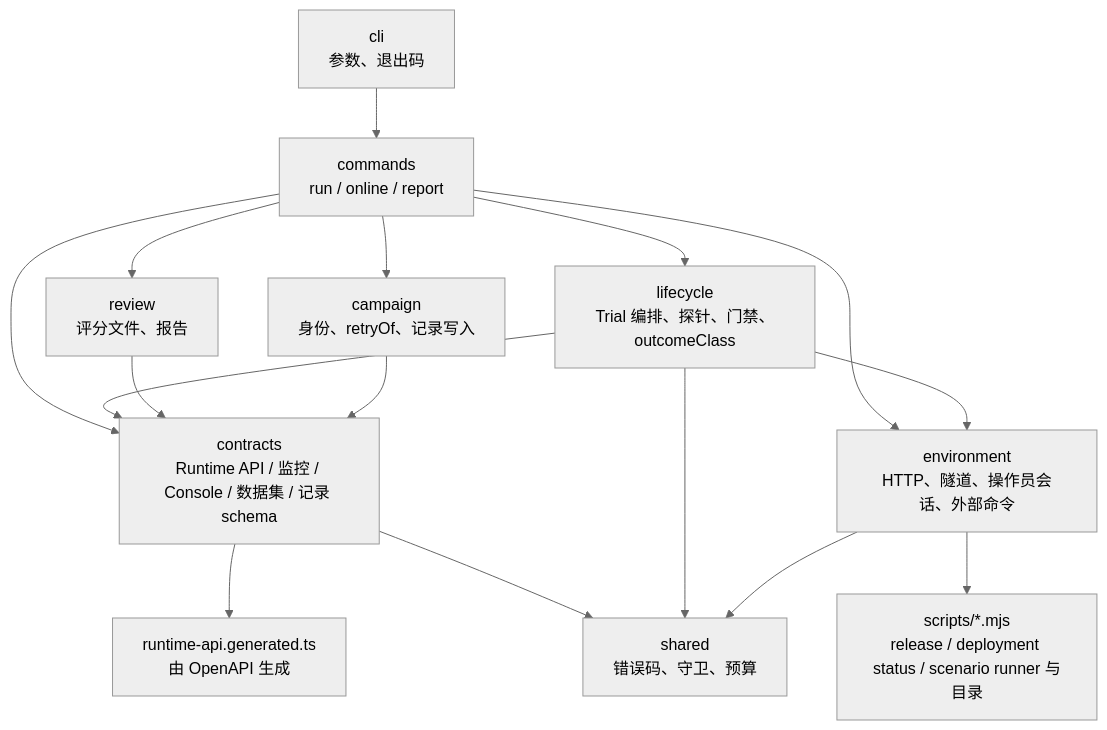
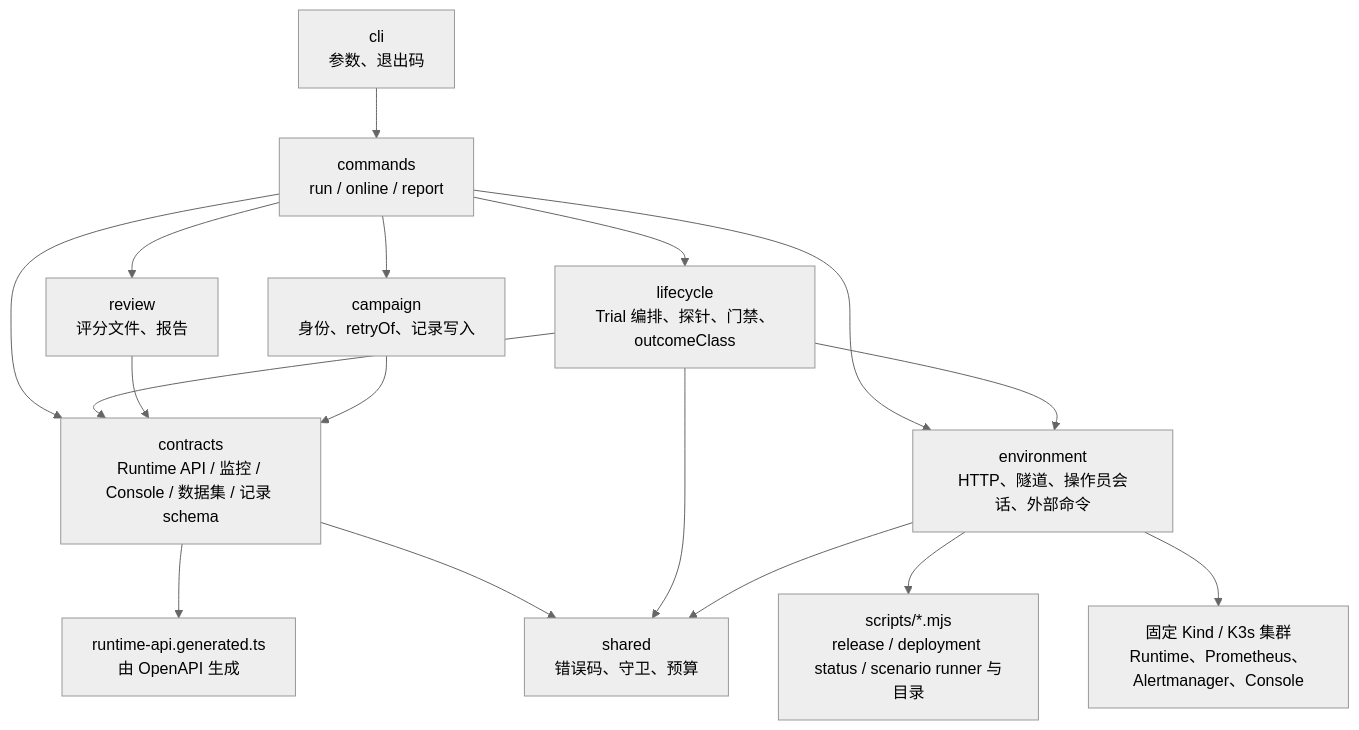
Before and after one commit to kkxiaoa/k8s-incident-agent: the first of 2 diagrams in evaluation/README.md, drawn with Mermaid (neutral theme). The commit also changed other lines of this file and 19 other files, not shown here.

````diff
--- a/evaluation/README.md
+++ b/evaluation/README.md
@@ -28,18 +47,19 @@
 ```mermaid
 flowchart TB
   CLI["cli<br/>参数、退出码"] --> CMD["commands<br/>run / online / report"]
   CMD --> LC["lifecycle<br/>Trial 编排、探针、门禁、outcomeClass"]
   CMD --> CP["campaign<br/>身份、retryOf、记录写入"]
   CMD --> RV["review<br/>评分文件、报告"]
   CMD --> ENV["environment<br/>HTTP、隧道、操作员会话、外部命令"]
   CMD --> CT["contracts<br/>Runtime API / 监控 / Console / 数据集 / 记录 schema"]
   LC --> CT
   LC --> ENV
   RV --> CT
   CP --> CT
   CT --> GEN["runtime-api.generated.ts<br/>由 OpenAPI 生成"]
   ENV --> SCRIPTS["scripts/*.mjs<br/>release / deployment status / scenario runner 与目录"]
+  ENV --> K8S["固定 Kind / K3s 集群<br/>Runtime、Prometheus、Alertmanager、Console"]
   CT --> SH["shared<br/>错误码、守卫、预算"]
   LC --> SH
   ENV --> SH
 ```
````
